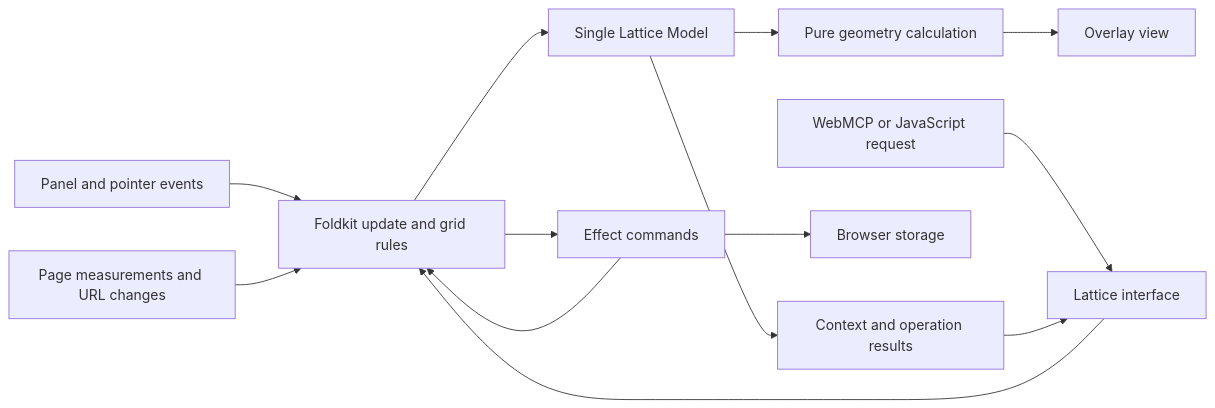
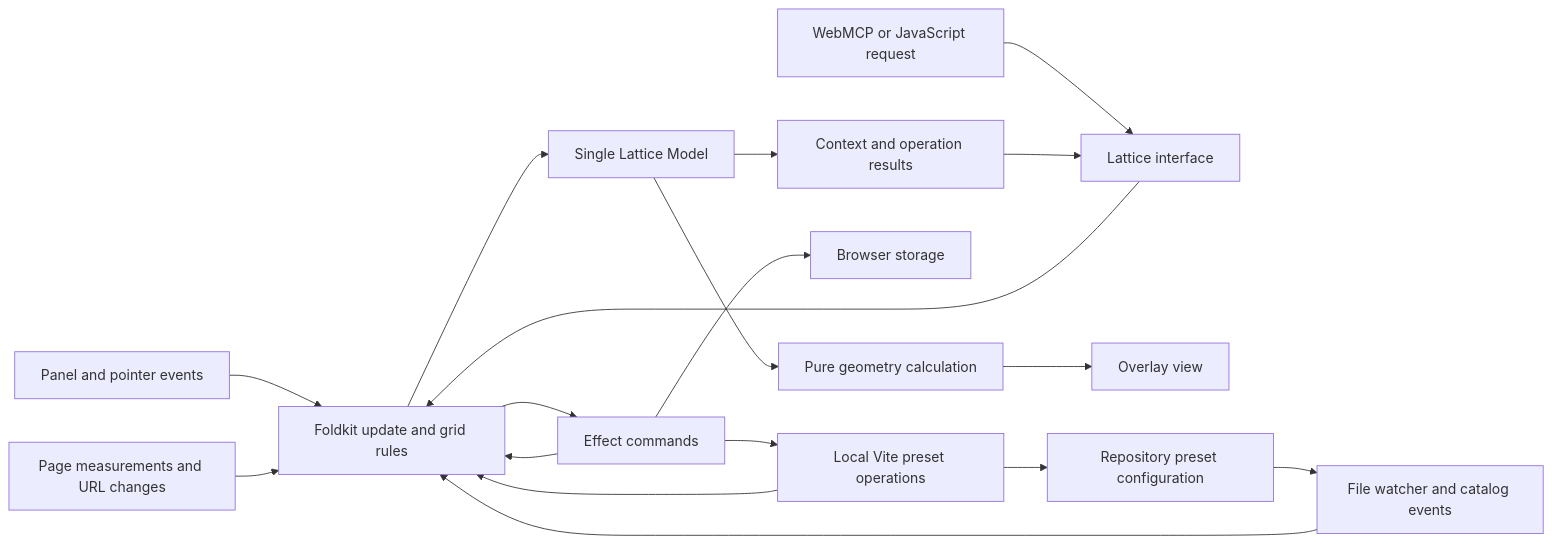
One commit to wking-io/lattice changed the diagram in ARCHITECTURE.md. Above: the diagram before and after it, drawn with Mermaid. The commit also changed other lines of this file and 3 other files, not shown here.

Commit message:
Move shared presets to repository configuration

````diff
--- a/ARCHITECTURE.md
+++ b/ARCHITECTURE.md
@@ -24,15 +24,20 @@
 ```mermaid
 flowchart LR
   Panel[Panel and pointer events] --> Update[Foldkit update and grid rules]
   Agent[WebMCP or JavaScript request] --> Bridge[Lattice interface]
   Bridge --> Update
   Browser[Page measurements and URL changes] --> Update
   Update --> Model[Single Lattice Model]
   Model --> Geometry[Pure geometry calculation]
   Geometry --> View[Overlay view]
   Update --> Commands[Effect commands]
   Commands --> Storage[Browser storage]
+  Commands --> Server[Local Vite preset operations]
+  Server --> File[Repository preset configuration]
+  File --> Watcher[File watcher and catalog events]
+  Watcher --> Update
+  Server --> Update
   Commands --> Update
   Model --> Response[Context and operation results]
   Response --> Bridge
 ```
````
